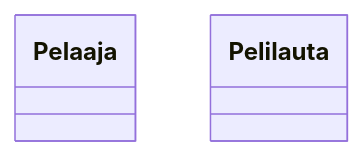
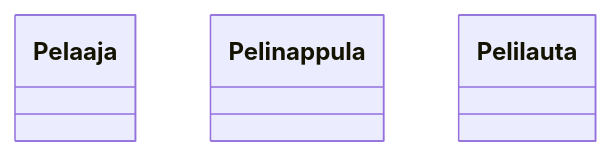
Before and after one commit to Jusq17/ot-harjoitustyo: the diagram in laskarit/viikko3/monopoli.md, drawn with Mermaid.

````diff
--- a/laskarit/viikko3/monopoli.md
+++ b/laskarit/viikko3/monopoli.md
@@ -3,13 +3,17 @@
 ```mermaid
 
   classDiagram
     
     class Pelaaja{
       
     }
     
+    class Pelinappula{
+    
+    }
+    
     class Pelilauta{
     
     }
 
 ```
````
